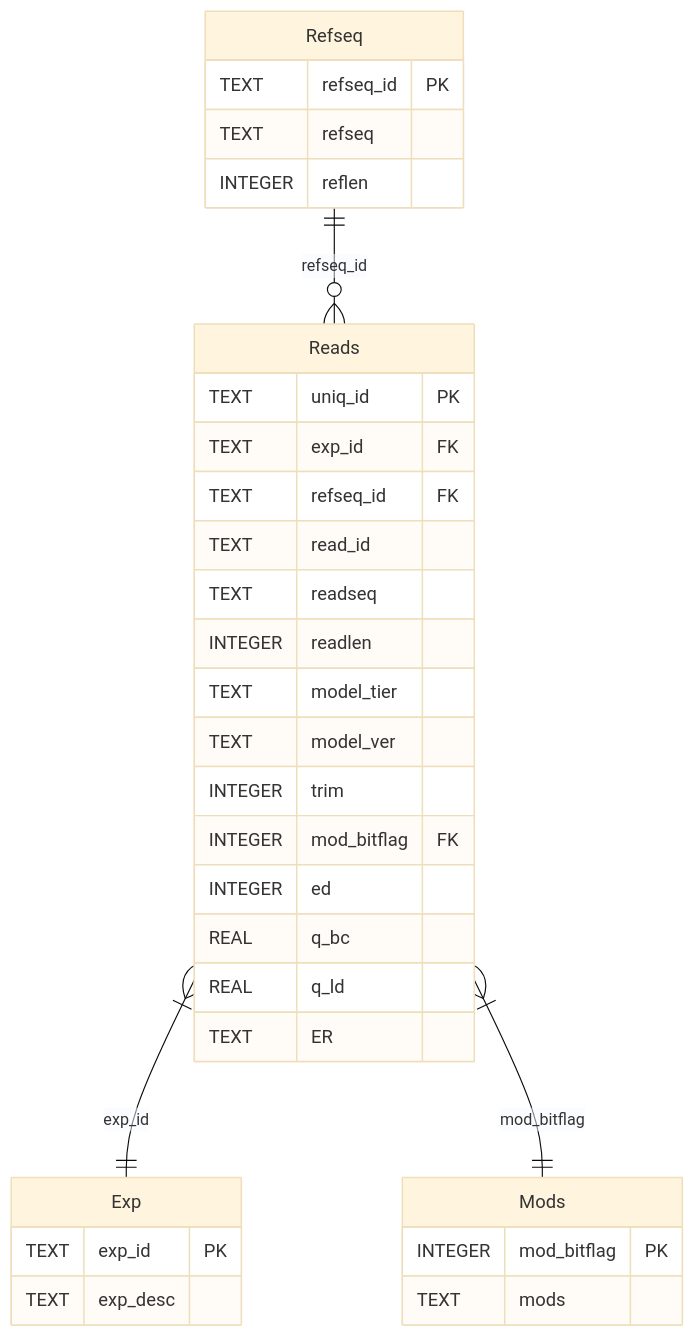
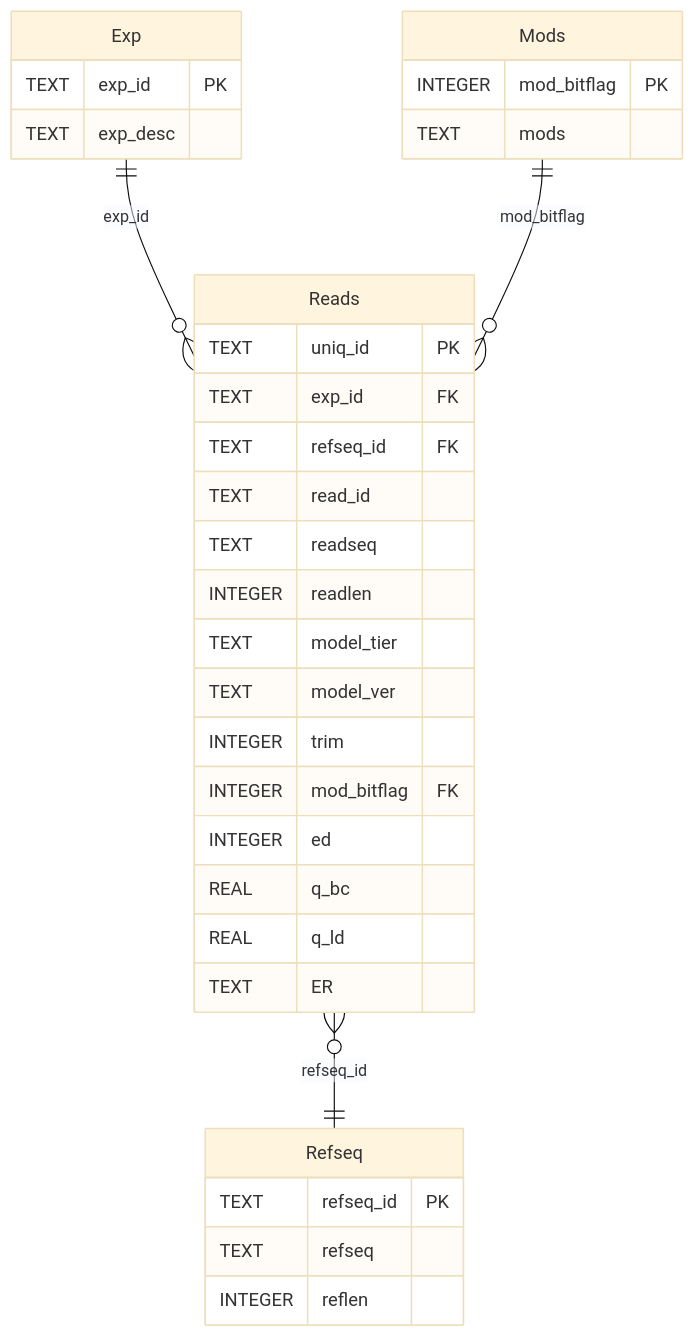
Before and after one commit to Single-Molecule-Sequencing/ONT-SMA-seq: the third of 7 diagrams in DIAGRAMS.md, drawn with Mermaid (base theme).

````diff
--- a/DIAGRAMS.md
+++ b/DIAGRAMS.md
@@ -77,39 +77,39 @@
 ```mermaid
 erDiagram
     Reads {
         TEXT uniq_id PK
         TEXT exp_id FK
         TEXT refseq_id FK
         TEXT read_id
         TEXT readseq
         INTEGER readlen
         TEXT model_tier
         TEXT model_ver
         INTEGER trim
         INTEGER mod_bitflag FK
         INTEGER ed
         REAL q_bc
         REAL q_ld
         TEXT ER
     }
     
     Mods {
         INTEGER mod_bitflag PK
         TEXT mods
     }
     
     Exp {
         TEXT exp_id PK
         TEXT exp_desc
     }
     
     Refseq {
         TEXT refseq_id PK
         TEXT refseq
         INTEGER reflen
     }
     
-    Reads }|--|| Exp : "exp_id"
-    Refseq ||--o{ Reads : "refseq_id"
-    Reads }|--|| Mods : "mod_bitflag"
+    Exp ||--o{ Reads : "exp_id"
+    Reads }o--|| Refseq : "refseq_id"
+    Mods ||--o{ Reads : "mod_bitflag"
 ```
````
